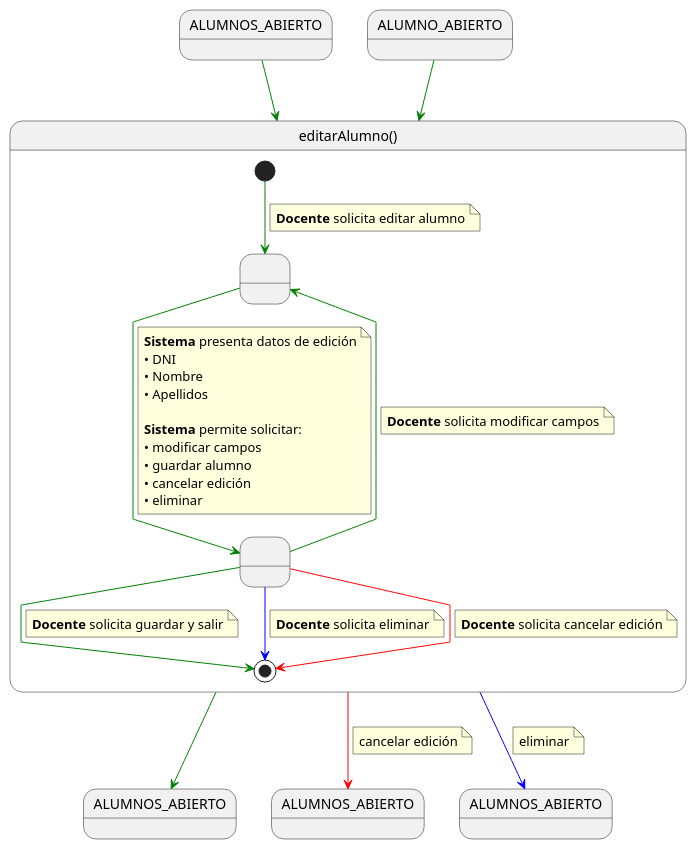
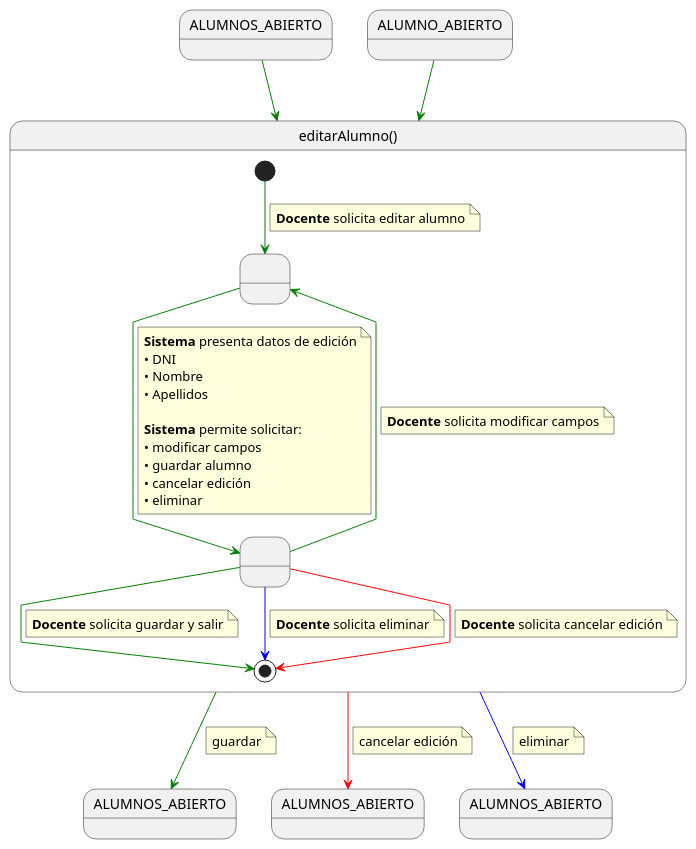
Before and after one commit to martinlopez7/25-26-IdSw1-SdR: the diagram in documents/casos-de-uso/detalladoCasosDeUso/editarAlumno/editarAlumno.puml, drawn with PlantUML. The commit also changed 65 other files, not shown here.

```diff
--- a/documents/casos-de-uso/detalladoCasosDeUso/editarAlumno/editarAlumno.puml
+++ b/documents/casos-de-uso/detalladoCasosDeUso/editarAlumno/editarAlumno.puml
@@ -1,70 +1,73 @@
 @startuml
 skinparam linetype polyline
 
 state ALUMNOS_ABIERTO
 state ALUMNOS_ABIERTO2 as "ALUMNOS_ABIERTO"
 state ALUMNOS_ABIERTO3 as "ALUMNOS_ABIERTO"
 state ALUMNOS_ABIERTO4 as "ALUMNOS_ABIERTO"
 
 ALUMNOS_ABIERTO -[#green]-> editarAlumno
 
 ALUMNO_ABIERTO -[#green]-> editarAlumno
 
 state editarAlumno as "editarAlumno()" {
 
     state " " as EditandoDatos
     state " " as GuardandoDatos 
 
     [*] -[#green]-> EditandoDatos 
     note on link
     <b>Docente</b> solicita editar alumno
     end note    
     
     EditandoDatos -[#green]-> GuardandoDatos
     note on link
     <b>Sistema</b> presenta datos de edición
     • DNI 
     • Nombre
     • Apellidos
     
     <b>Sistema</b> permite solicitar:
     • modificar campos
     • guardar alumno
     • cancelar edición
     • eliminar
     end note
     
     GuardandoDatos -[#green]-> EditandoDatos
     note on link
     <b>Docente</b> solicita modificar campos
     end note
     
     GuardandoDatos -[#green]-> [*]
     note on link
     <b>Docente</b> solicita guardar y salir
     end note
     
     GuardandoDatos -[#blue]-> [*]
     note on link
     <b>Docente</b> solicita eliminar
     end note
 
     GuardandoDatos -[#red]-> [*]
     note on link
     <b>Docente</b> solicita cancelar edición
     end note
 }
 
 editarAlumno -[#green]-> ALUMNOS_ABIERTO2
+note on link
+guardar
+end note
 
 editarAlumno -[#red]-> ALUMNOS_ABIERTO3
 note on link
 cancelar edición
 end note
 
 editarAlumno -[#blue]-> ALUMNOS_ABIERTO4
 note on link
 eliminar
 end note
 
 @enduml
```
